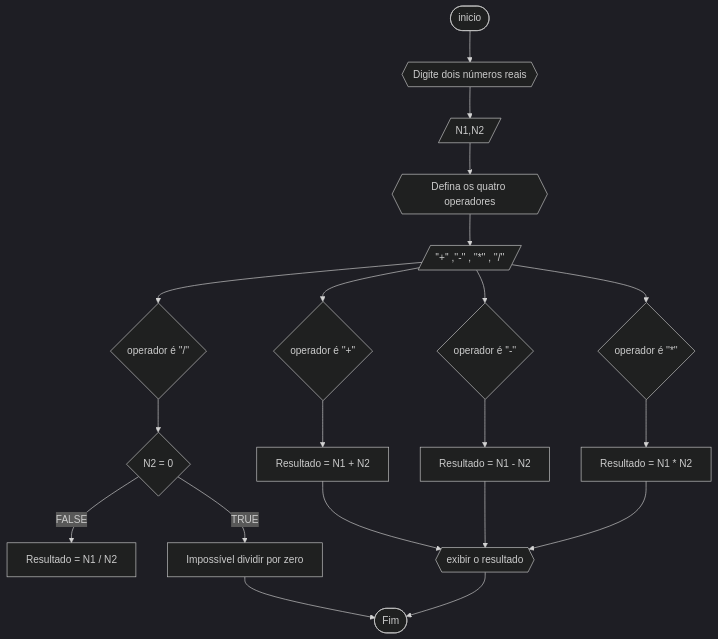
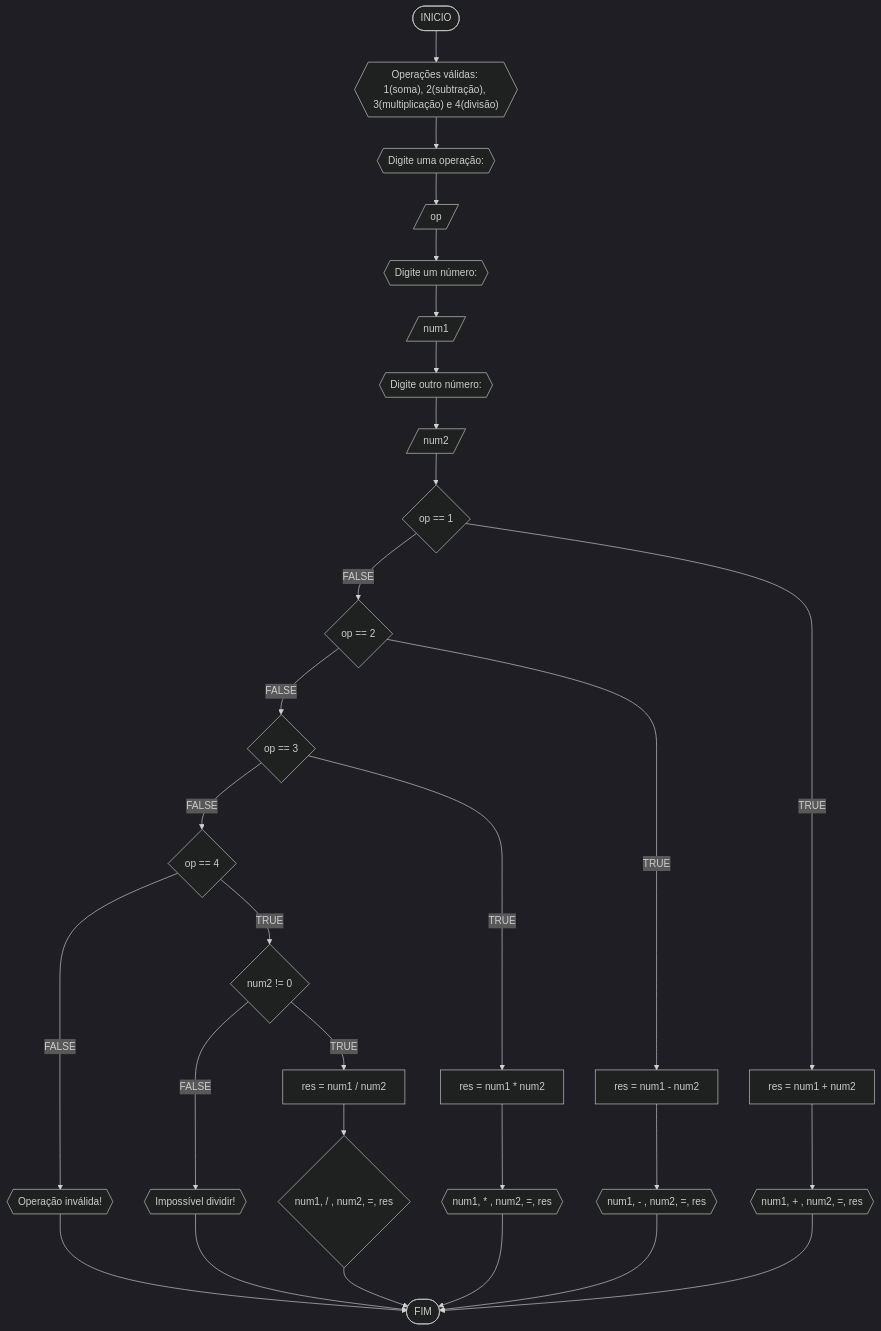
One commit to Kremmydi/unifor changed the third of 4 diagrams in RLA/Unidade1/Resolução_lista2.md. Above: the diagram before and after it, drawn with Mermaid (dark theme). The commit also changed other lines of this file, not shown here.

````diff
--- a/RLA/Unidade1/Resolução_lista2.md
+++ b/RLA/Unidade1/Resolução_lista2.md
@@ -88,23 +92,31 @@
 ```mermaid
 flowchart TD
-A([inicio]) --> B{{Digite dois números reais}}
-B --> C[/N1,N2/]
-C --> D{{Defina os quatro operadores}}
-D --> E[/''+'' ,''-'' , ''*'' , ''/'' /]
-E --> F{operador é ''+''}
-E --> G{operador é ''-''}
-E --> H{operador é ''*''}
-E --> I{operador é ''/''}
-F --> J[Resultado = N1 + N2]
-G --> K[Resultado = N1 - N2]
-H --> L[Resultado = N1 * N2]
-I --> M{N2 = 0}
-M --FALSE--> N[Resultado = N1 / N2]
-M --TRUE--> O[Impossível dividir por zero]
-O --> P([Fim])
-J --> Q{{exibir o resultado}}
-K --> Q
-L --> Q
-Q --> P
-
+A([INICIO]) --> B{{"Operações válidas: 1(soma), 2(subtração), 3(multiplicação) e 4(divisão)"}}
+B --> C{{Digite uma operação:}}
+C --> D[/op/]
+D --> E{{Digite um número:}}
+E --> F[/num1/]
+F --> G{{Digite outro número:}}
+G --> H[/num2/]
+H --> I{op == 1}
+I --FALSE--> J{op == 2}
+J --FALSE--> L{op == 3}
+L --FALSE--> O{op == 4}
+O --FALSE--> Q{{Operação inválida!}}
+Q --> R([FIM])
+I --TRUE--> M[res = num1 + num2]
+M --> S{{num1, + , num2, =, res}}
+J --TRUE--> K[res = num1 - num2]
+K --> T{{num1, - , num2, =, res}}
+L --TRUE--> N[res = num1 * num2]
+N --> U{{num1, * , num2, =, res}}
+O --TRUE--> P{num2 != 0}
+P --FALSE--> X{{Impossível dividir!}}
+P --TRUE--> Z[res = num1 / num2]
+Z --> V{num1, / , num2, =, res}
+X --> R
+S --> R
+T --> R
+U --> R
+V --> R
 ```
````
